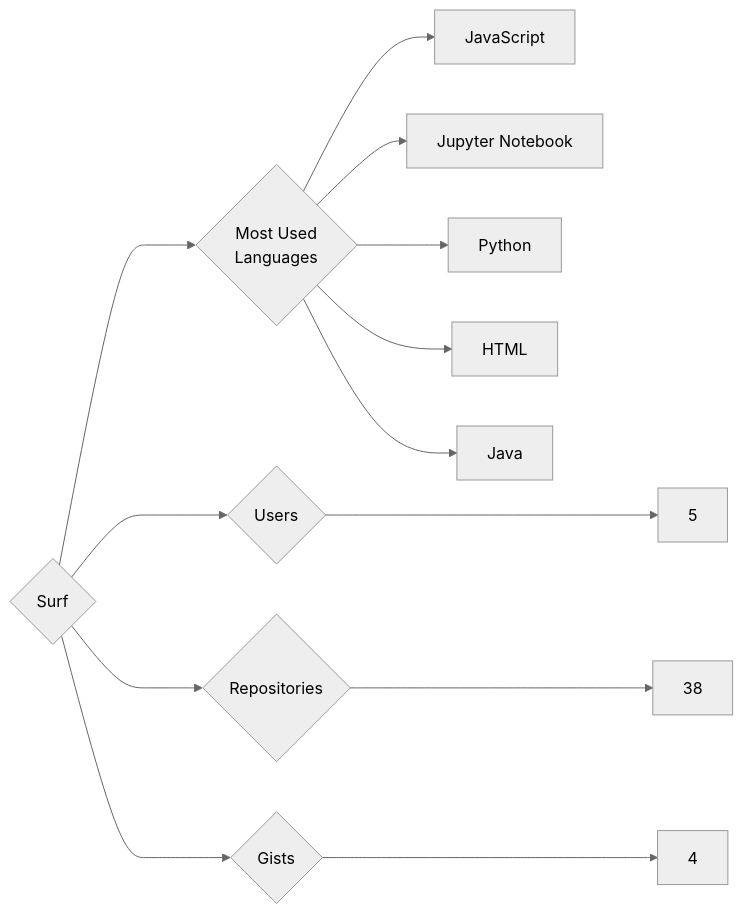
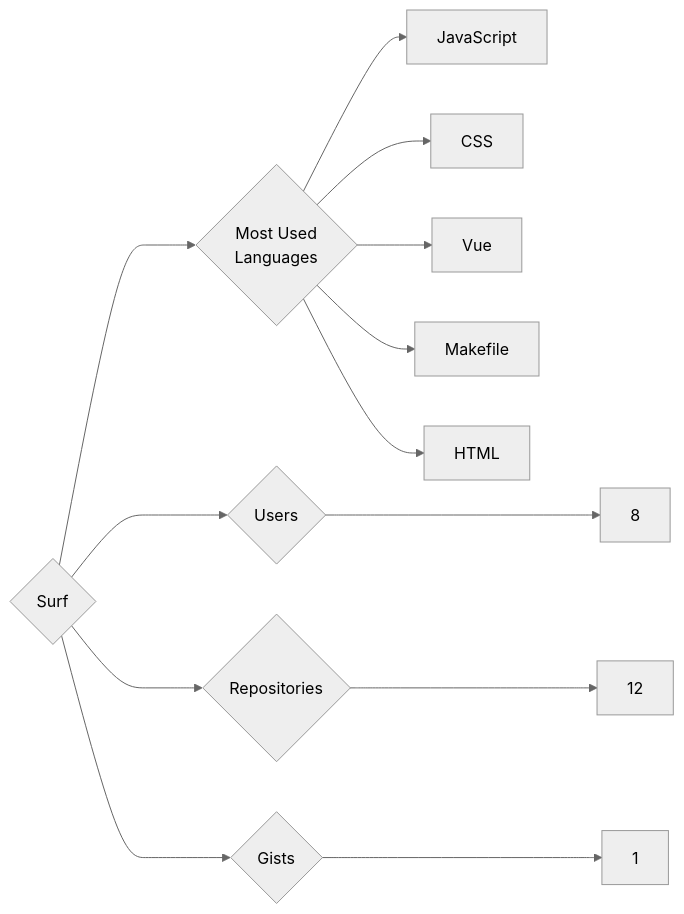
Before and after one commit to trickest/insiders: the diagram in targets/Surf/README.md, drawn with Mermaid (neutral theme). The commit also changed 1696 other files, not shown here.

````diff
--- a/targets/Surf/README.md
+++ b/targets/Surf/README.md
@@ -3,13 +3,13 @@
 ```mermaid
 graph LR
 COMPANY_NAME{Surf}
-COMPANY_NAME ---> U{Users} ---> UN[5]
-COMPANY_NAME ---> R{Repositories} ---> RN[38]
-COMPANY_NAME ---> G{Gists} ---> GN[4]
+COMPANY_NAME ---> U{Users} ---> UN[8]
+COMPANY_NAME ---> R{Repositories} ---> RN[12]
+COMPANY_NAME ---> G{Gists} ---> GN[1]
 COMPANY_NAME ---> ML{Most Used<br>Languages}
 ML --> JavaScript[JavaScript]
-ML --> Jupyter_Notebook[Jupyter Notebook]
-ML --> Python[Python]
+ML --> CSS[CSS]
+ML --> Vue[Vue]
+ML --> Makefile[Makefile]
 ML --> HTML[HTML]
-ML --> Java[Java]
 ```
````
